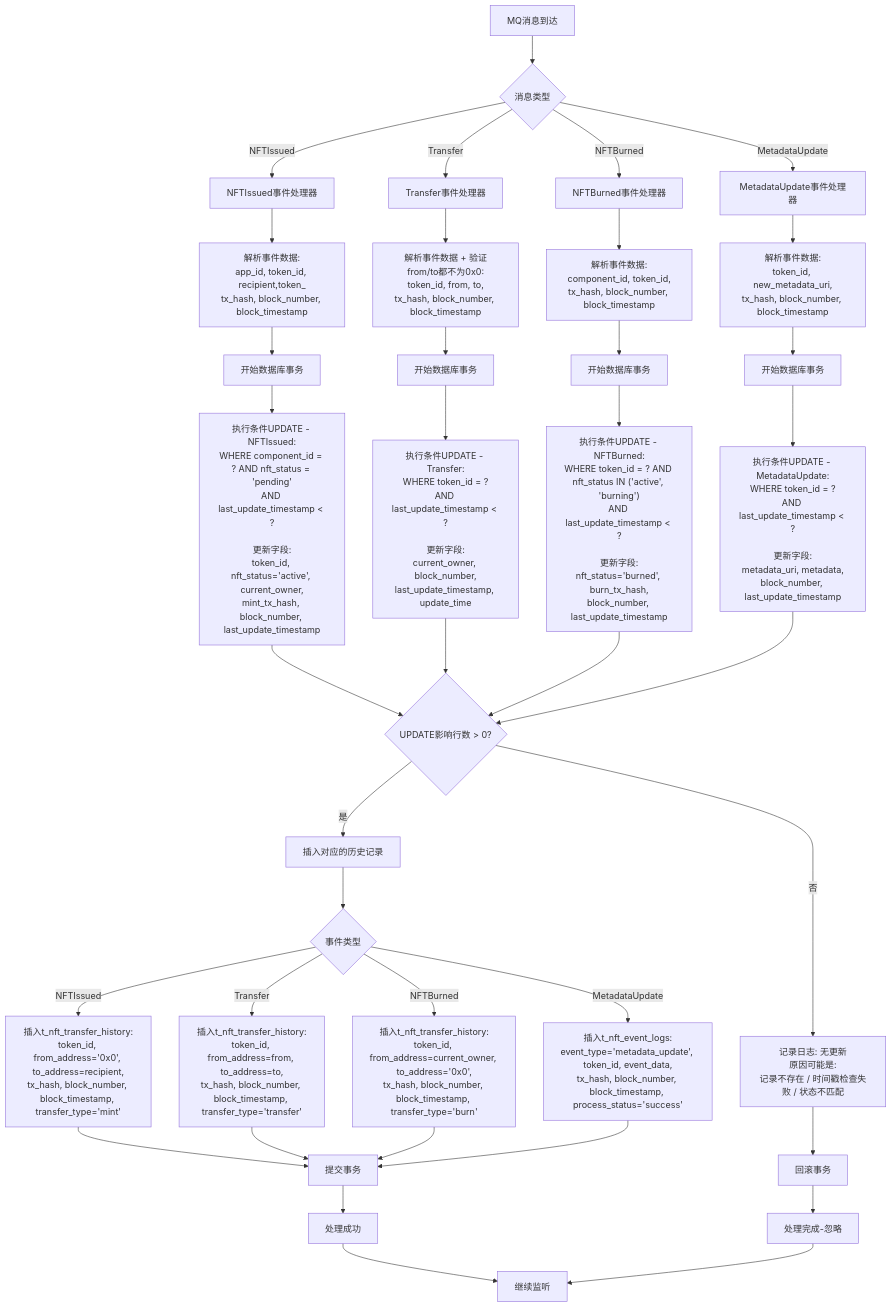
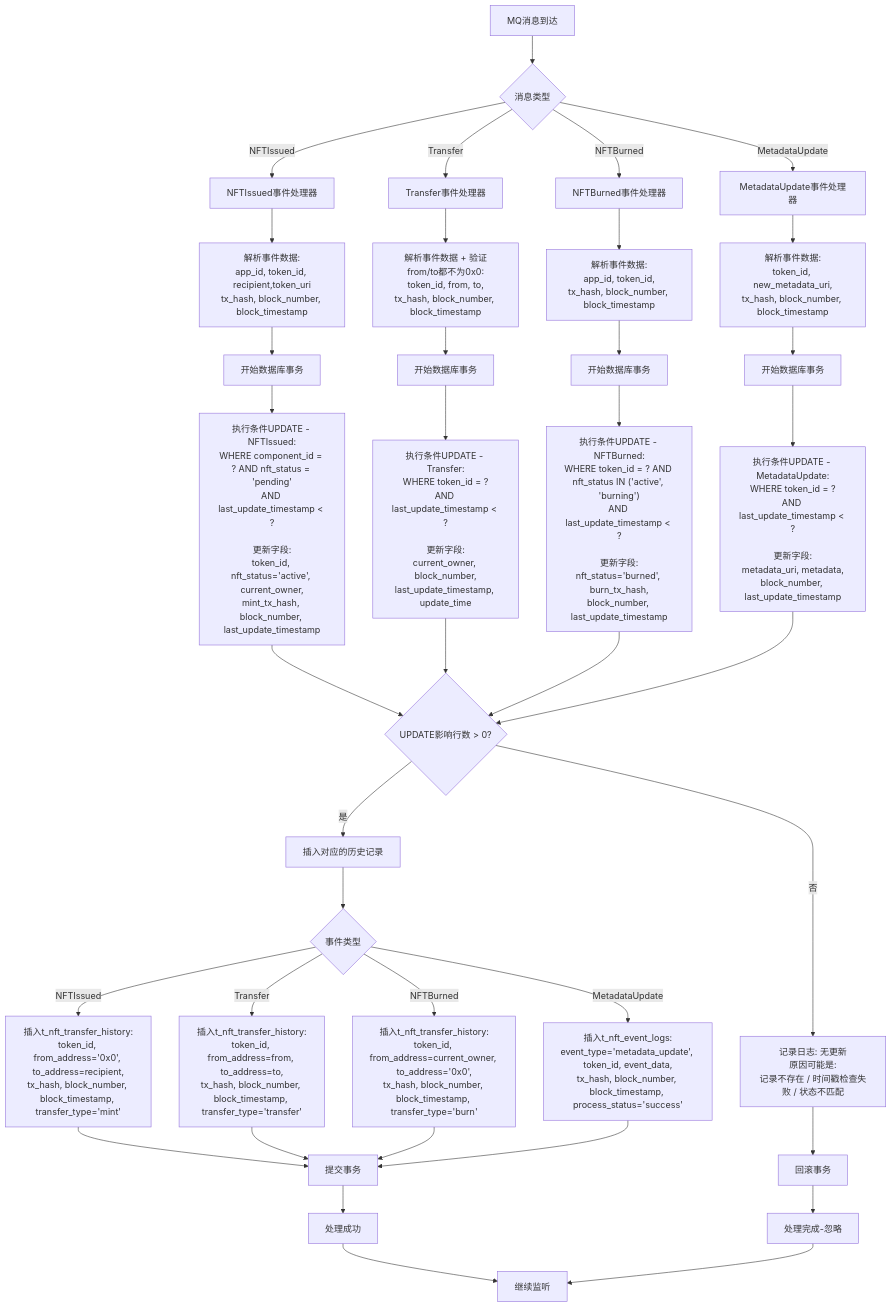
The diagram in all/未命名-71.md (yingjianzh/iodraw-files), drawn with Mermaid before and after one commit.

Commit message:
2025-07-03 17:49:30 update

````diff
--- a/all/未命名-71.md
+++ b/all/未命名-71.md
@@ -1,59 +1,59 @@
 ```mermaid
 flowchart TD
     A[MQ消息到达] --> B{消息类型}
     
     %% 四种事件类型
     B -->|NFTIssued| C[NFTIssued事件处理器]
     B -->|Transfer| D[Transfer事件处理器]
     B -->|NFTBurned| E[NFTBurned事件处理器]
     B -->|MetadataUpdate| F[MetadataUpdate事件处理器]
     
     %% 解析事件数据
-    C --> G["解析事件数据:<br/>app_id, token_id, recipient,token_<br/>tx_hash, block_number, block_timestamp"]
+    C --> G["解析事件数据:<br/>app_id, token_id, recipient,token_uri<br/>tx_hash, block_number, block_timestamp"]
     D --> H["解析事件数据 + 验证from/to都不为0x0:<br/>token_id, from, to,<br/>tx_hash, block_number, block_timestamp"]
-    E --> I["解析事件数据:<br/>component_id, token_id,<br/>tx_hash, block_number, block_timestamp"]
+    E --> I["解析事件数据:<br/>app_id, token_id,<br/>tx_hash, block_number, block_timestamp"]
     F --> J["解析事件数据:<br/>token_id, new_metadata_uri,<br/>tx_hash, block_number, block_timestamp"]
     
     G --> K[开始数据库事务]
     H --> L[开始数据库事务]
     I --> M[开始数据库事务]
     J --> N[开始数据库事务]
     
     K --> O["执行条件UPDATE - NFTIssued:<br/>WHERE component_id = ? AND nft_status = 'pending'<br/>AND last_update_timestamp < ?<br/><br/>更新字段:<br/>token_id, nft_status='active', current_owner,<br/>mint_tx_hash, block_number, last_update_timestamp"]
     
     L --> P["执行条件UPDATE - Transfer:<br/>WHERE token_id = ?<br/>AND last_update_timestamp < ?<br/><br/>更新字段:<br/>current_owner, block_number,<br/>last_update_timestamp, update_time"]
     
     M --> Q["执行条件UPDATE - NFTBurned:<br/>WHERE token_id = ? AND nft_status IN ('active', 'burning')<br/>AND last_update_timestamp < ?<br/><br/>更新字段:<br/>nft_status='burned', burn_tx_hash,<br/>block_number, last_update_timestamp"]
     
     N --> R["执行条件UPDATE - MetadataUpdate:<br/>WHERE token_id = ?<br/>AND last_update_timestamp < ?<br/><br/>更新字段:<br/>metadata_uri, metadata,<br/>block_number, last_update_timestamp"]
     
     O --> S{UPDATE影响行数 > 0?}
     P --> S
     Q --> S
     R --> S
     
     S -->|否| T["记录日志: 无更新<br/>原因可能是:<br/>记录不存在 / 时间戳检查失败 / 状态不匹配"]
     S -->|是| U[插入对应的历史记录]
     
     U --> U1{事件类型}
     U1 -->|NFTIssued| U2["插入t_nft_transfer_history:<br/>token_id, from_address='0x0', to_address=recipient,<br/>tx_hash, block_number, block_timestamp, transfer_type='mint'"]
     
     U1 -->|Transfer| U3["插入t_nft_transfer_history:<br/>token_id, from_address=from, to_address=to,<br/>tx_hash, block_number, block_timestamp, transfer_type='transfer'"]
     
     U1 -->|NFTBurned| U4["插入t_nft_transfer_history:<br/>token_id, from_address=current_owner, to_address='0x0',<br/>tx_hash, block_number, block_timestamp, transfer_type='burn'"]
     
     U1 -->|MetadataUpdate| U5["插入t_nft_event_logs:<br/>event_type='metadata_update', token_id, event_data,<br/>tx_hash, block_number, block_timestamp, process_status='success'"]
     
     U2 --> V[提交事务]
     U3 --> V
     U4 --> V
     U5 --> V
     
     T --> W[回滚事务]
     
     V --> X[处理成功]
     W --> Y[处理完成-忽略]
     
     X --> Z[继续监听]
     Y --> Z
 ```
````
